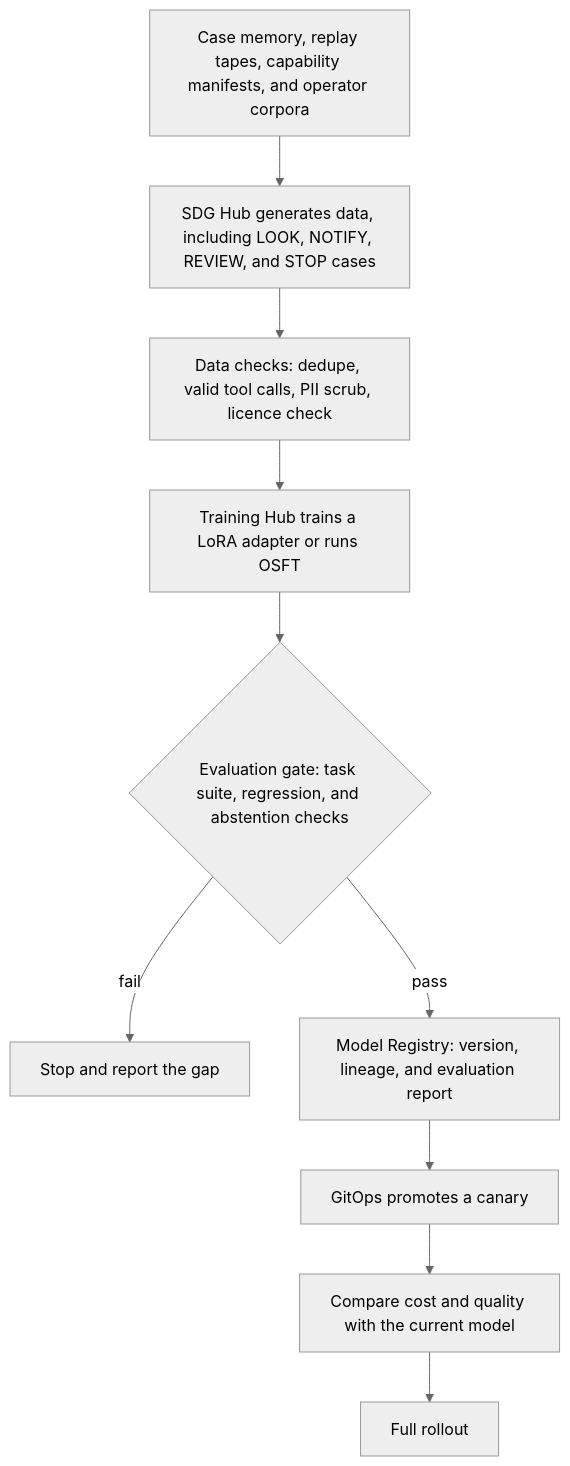
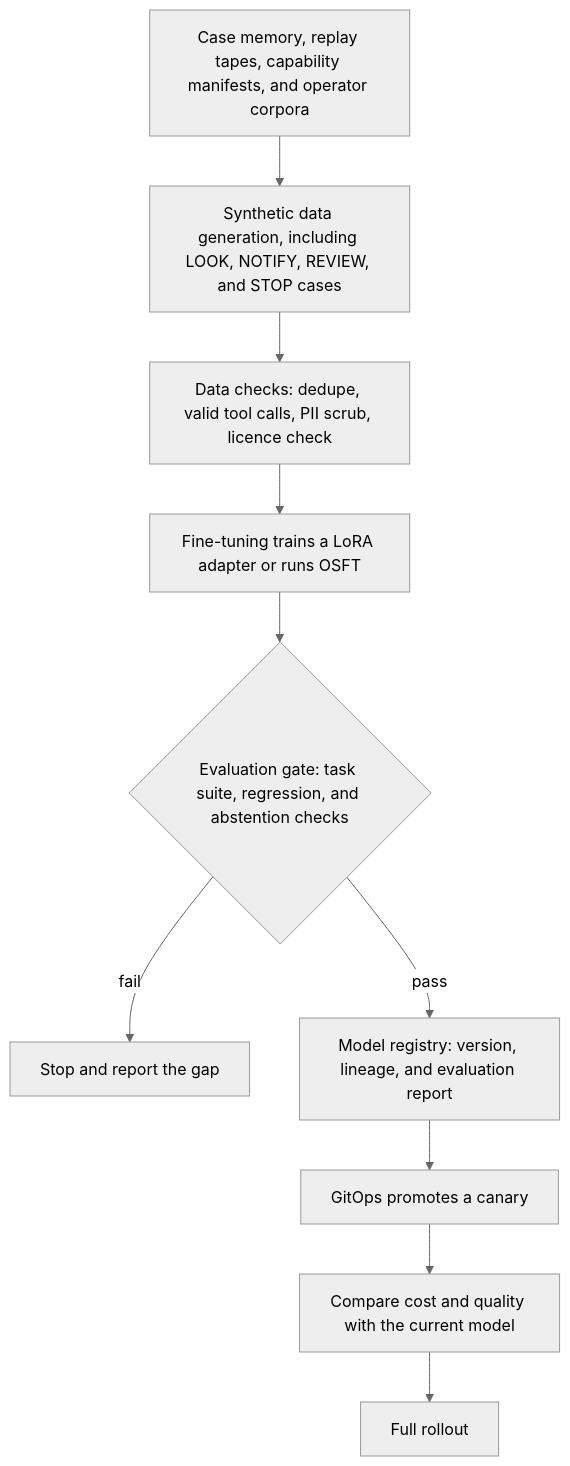
One commit to ravisharma5/otel-telco-blueprints changed the first of 2 diagrams in architecture/adaptation-ladder.md. Above: the diagram before and after it, drawn with Mermaid (neutral theme). The commit also changed other lines of this file and 5 other files, not shown here.

First line of the commit message:
docs(architecture): name layers and capabilities instead of codes and products

````diff
--- a/architecture/adaptation-ladder.md
+++ b/architecture/adaptation-ladder.md
@@ -60,12 +60,12 @@
 ```mermaid
 flowchart TD
-  IN["Case memory, replay tapes, capability manifests, and operator corpora"] --> SDG["SDG Hub generates data, including LOOK, NOTIFY, REVIEW, and STOP cases"]
+  IN["Case memory, replay tapes, capability manifests, and operator corpora"] --> SDG["Synthetic data generation, including LOOK, NOTIFY, REVIEW, and STOP cases"]
   SDG --> QA["Data checks: dedupe, valid tool calls, PII scrub, licence check"]
-  QA --> TR["Training Hub trains a LoRA adapter or runs OSFT"]
+  QA --> TR["Fine-tuning trains a LoRA adapter or runs OSFT"]
   TR --> EG{"Evaluation gate: task suite, regression, and abstention checks"}
   EG -- "fail" --> STOP["Stop and report the gap"]
-  EG -- "pass" --> MR["Model Registry: version, lineage, and evaluation report"]
+  EG -- "pass" --> MR["Model registry: version, lineage, and evaluation report"]
   MR --> GO["GitOps promotes a canary"]
   GO --> CMP["Compare cost and quality with the current model"]
   CMP --> RO["Full rollout"]
 ```
````
